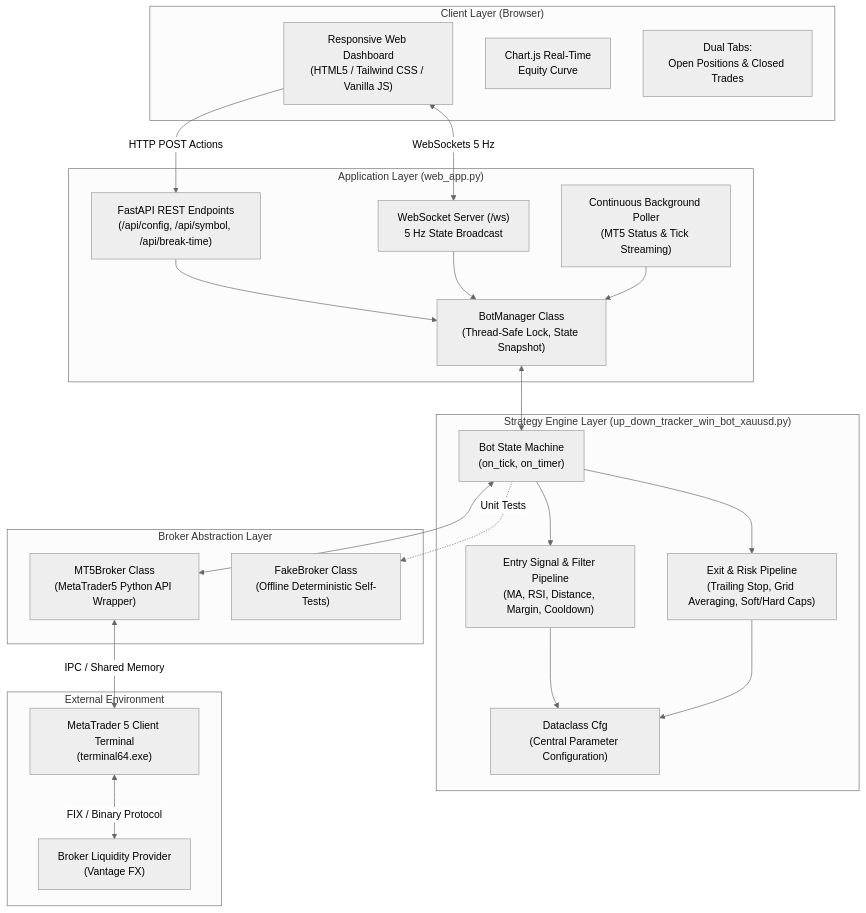
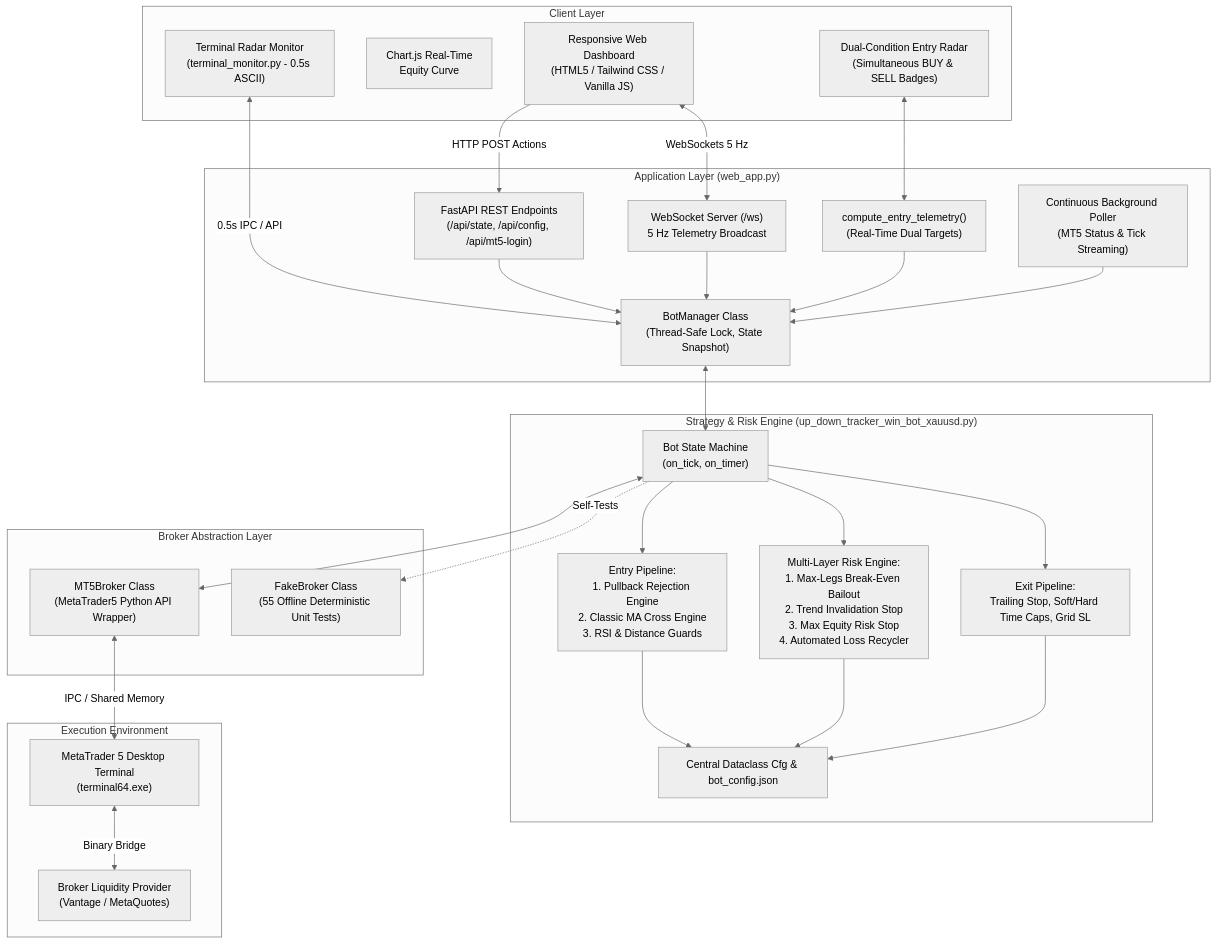
The first of 2 diagrams in SYSTEM_GUIDE.md (bmndayakar/vantage-algo), drawn with Mermaid (neutral theme) before and after one commit. The commit also changed other lines of this file and 6 other files, not shown here.

````diff
--- a/SYSTEM_GUIDE.md
+++ b/SYSTEM_GUIDE.md
@@ -12,47 +12,55 @@
 ```mermaid
 flowchart TD
-    subgraph UI ["Client Layer (Browser)"]
+    subgraph UI ["Client Layer"]
         DASH["Responsive Web Dashboard\n(HTML5 / Tailwind CSS / Vanilla JS)"]
         CHART["Chart.js Real-Time\nEquity Curve"]
-        TABS["Dual Tabs:\nOpen Positions & Closed Trades"]
+        RADAR_UI["Dual-Condition Entry Radar\n(Simultaneous BUY & SELL Badges)"]
+        TERM["Terminal Radar Monitor\n(terminal_monitor.py - 0.5s ASCII)"]
     end
 
     subgraph BACKEND ["Application Layer (web_app.py)"]
-        API["FastAPI REST Endpoints\n(/api/config, /api/symbol, /api/break-time)"]
-        WS["WebSocket Server (/ws)\n5 Hz State Broadcast"]
+        API["FastAPI REST Endpoints\n(/api/state, /api/config, /api/mt5-login)"]
+        WS["WebSocket Server (/ws)\n5 Hz Telemetry Broadcast"]
         MGR["BotManager Class\n(Thread-Safe Lock, State Snapshot)"]
+        TELEM["compute_entry_telemetry()\n(Real-Time Dual Targets)"]
         POLL["Continuous Background Poller\n(MT5 Status & Tick Streaming)"]
     end
 
-    subgraph ENGINE ["Strategy Engine Layer (up_down_tracker_win_bot_xauusd.py)"]
+    subgraph ENGINE ["Strategy & Risk Engine (up_down_tracker_win_bot_xauusd.py)"]
         BOT["Bot State Machine\n(on_tick, on_timer)"]
-        ENTRY["Entry Signal & Filter Pipeline\n(MA, RSI, Distance, Margin, Cooldown)"]
-        EXIT["Exit & Risk Pipeline\n(Trailing Stop, Grid Averaging, Soft/Hard Caps)"]
-        CFG["Dataclass Cfg\n(Central Parameter Configuration)"]
+        ENTRY_ENGINE["Entry Pipeline:\n1. Pullback Rejection Engine\n2. Classic MA Cross Engine\n3. RSI & Distance Guards"]
+        RISK_ENGINE["Multi-Layer Risk Engine:\n1. Max-Legs Break-Even Bailout\n2. Trend Invalidation Stop\n3. Max Equity Risk Stop\n4. Automated Loss Recycler"]
+        EXIT_ENGINE["Exit Pipeline:\nTrailing Stop, Soft/Hard Time Caps, Grid SL"]
+        CFG["Central Dataclass Cfg & bot_config.json"]
     end
 
     subgraph BROKER ["Broker Abstraction Layer"]
         BR_MT5["MT5Broker Class\n(MetaTrader5 Python API Wrapper)"]
-        BR_SIM["FakeBroker Class\n(Offline Deterministic Self-Tests)"]
+        BR_SIM["FakeBroker Class\n(55 Offline Deterministic Unit Tests)"]
     end
 
-    subgraph TERMINAL ["External Environment"]
-        MT5["MetaTrader 5 Client Terminal\n(terminal64.exe)"]
-        LP["Broker Liquidity Provider\n(Vantage FX)"]
+    subgraph TERMINAL ["Execution Environment"]
+        MT5["MetaTrader 5 Desktop Terminal\n(terminal64.exe)"]
+        LP["Broker Liquidity Provider\n(Vantage / MetaQuotes)"]
     end
 
     DASH <--> |WebSockets 5 Hz| WS
     DASH --> |HTTP POST Actions| API
+    RADAR_UI <--> TELEM
+    TERM <--> |0.5s IPC / API| MGR
     API --> MGR
     WS --> MGR
+    TELEM --> MGR
     POLL --> MGR
     MGR <--> BOT
-    BOT --> ENTRY
-    BOT --> EXIT
-    ENTRY --> CFG
-    EXIT --> CFG
+    BOT --> ENTRY_ENGINE
+    BOT --> RISK_ENGINE
+    BOT --> EXIT_ENGINE
+    ENTRY_ENGINE --> CFG
+    RISK_ENGINE --> CFG
+    EXIT_ENGINE --> CFG
     BOT <--> BR_MT5
     BR_MT5 <--> |IPC / Shared Memory| MT5
-    MT5 <--> |FIX / Binary Protocol| LP
-    BOT -.-> |Unit Tests| BR_SIM
+    MT5 <--> |Binary Bridge| LP
+    BOT -.-> |Self-Tests| BR_SIM
 ```
````
